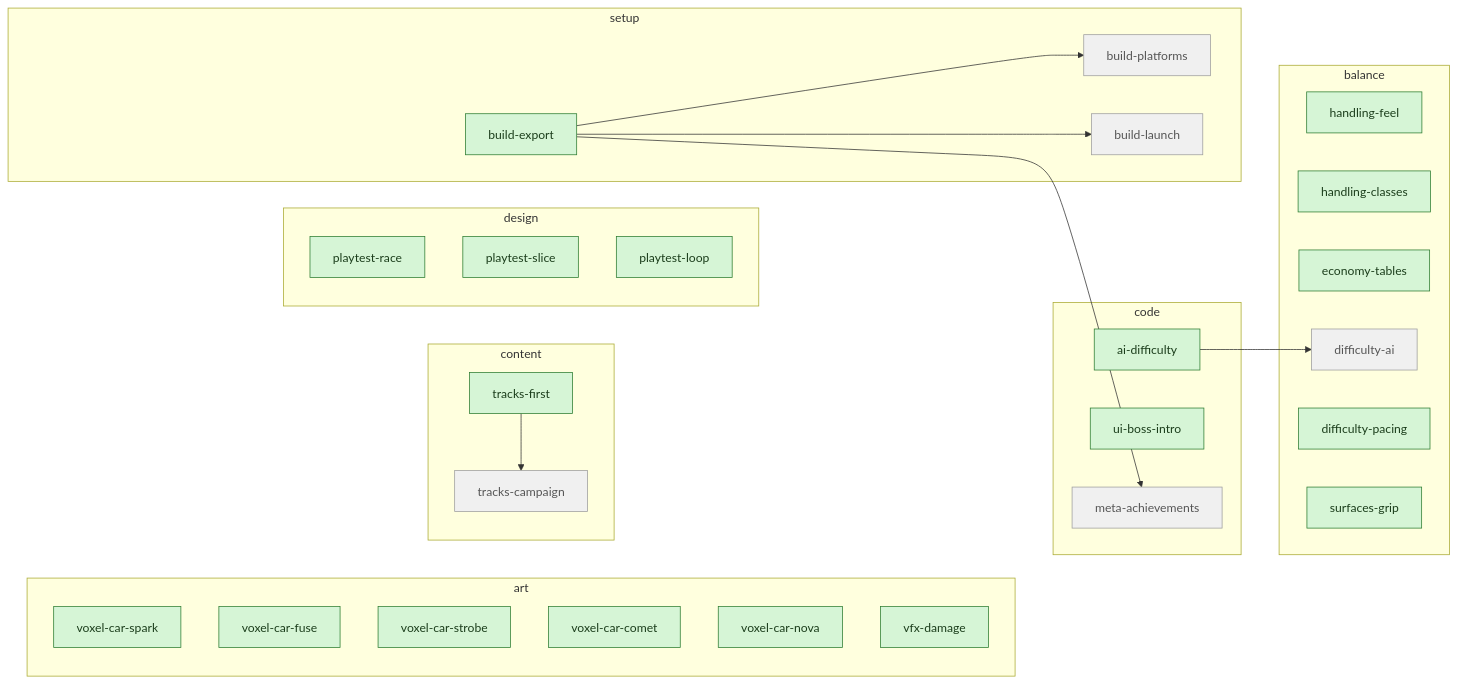
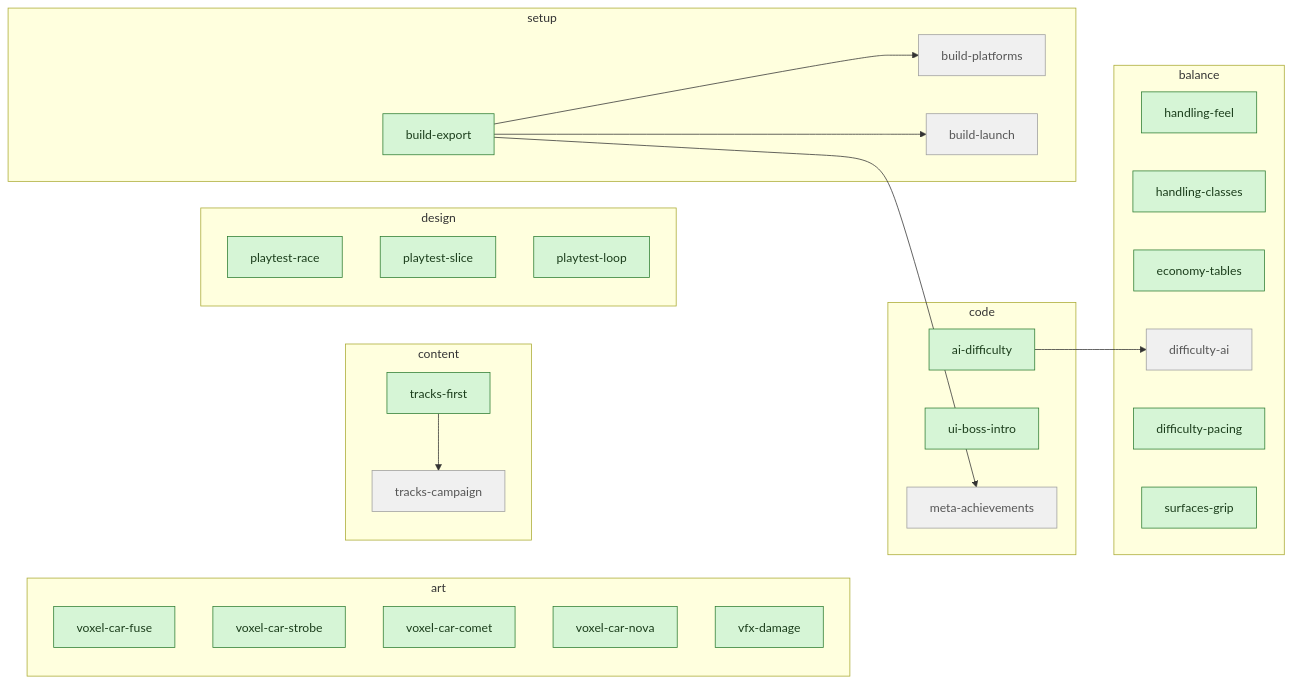
Before and after one commit to artemiiShabanov/RallyRivals: the third of 3 diagrams in STATUS.md, drawn with Mermaid. The commit also changed other lines of this file and 6 other files, not shown here.

First line of the commit message:
Cars: Spark (Mayfly Peugeot 205 GTI) — the first gold car, 11 of 15

````diff
--- a/STATUS.md
+++ b/STATUS.md
@@ -94,47 +93,46 @@
 ```mermaid
 flowchart LR
   subgraph code
     code_ai_difficulty["ai-difficulty"]
     code_ui_boss_intro["ui-boss-intro"]
     code_meta_achievements["meta-achievements"]
   end
   subgraph art
-    art_voxel_car_spark["voxel-car-spark"]
     art_voxel_car_fuse["voxel-car-fuse"]
     art_voxel_car_strobe["voxel-car-strobe"]
     art_voxel_car_comet["voxel-car-comet"]
     art_voxel_car_nova["voxel-car-nova"]
     art_vfx_damage["vfx-damage"]
   end
   subgraph content
     content_tracks_first["tracks-first"]
     content_tracks_campaign["tracks-campaign"]
   end
   subgraph balance
     balance_handling_feel["handling-feel"]
     balance_handling_classes["handling-classes"]
     balance_economy_tables["economy-tables"]
     balance_difficulty_ai["difficulty-ai"]
     balance_difficulty_pacing["difficulty-pacing"]
     balance_surfaces_grip["surfaces-grip"]
   end
   subgraph design
     design_playtest_race["playtest-race"]
     design_playtest_slice["playtest-slice"]
     design_playtest_loop["playtest-loop"]
   end
   subgraph setup
     setup_build_export["build-export"]
     setup_build_platforms["build-platforms"]
     setup_build_launch["build-launch"]
   end
   setup_build_export --> code_meta_achievements
   content_tracks_first --> content_tracks_campaign
   code_ai_difficulty --> balance_difficulty_ai
   setup_build_export --> setup_build_platforms
   setup_build_export --> setup_build_launch
   classDef avail fill:#d6f5d6,stroke:#2e7d32,color:#1b3d1b;
   classDef blocked fill:#f0f0f0,stroke:#9e9e9e,color:#555;
-  class code_ai_difficulty,code_ui_boss_intro,content_tracks_first,art_voxel_car_spark,art_voxel_car_fuse,art_voxel_car_strobe,art_voxel_car_comet,art_voxel_car_nova,art_vfx_damage,balance_handling_feel,balance_handling_classes,balance_economy_tables,balance_difficulty_pacing,balance_surfaces_grip,design_playtest_race,design_playtest_slice,design_playtest_loop,setup_build_export avail;
+  class code_ai_difficulty,code_ui_boss_intro,content_tracks_first,art_voxel_car_fuse,art_voxel_car_strobe,art_voxel_car_comet,art_voxel_car_nova,art_vfx_damage,balance_handling_feel,balance_handling_classes,balance_economy_tables,balance_difficulty_pacing,balance_surfaces_grip,design_playtest_race,design_playtest_slice,design_playtest_loop,setup_build_export avail;
   class code_meta_achievements,content_tracks_campaign,balance_difficulty_ai,setup_build_platforms,setup_build_launch blocked;
 ```
````
